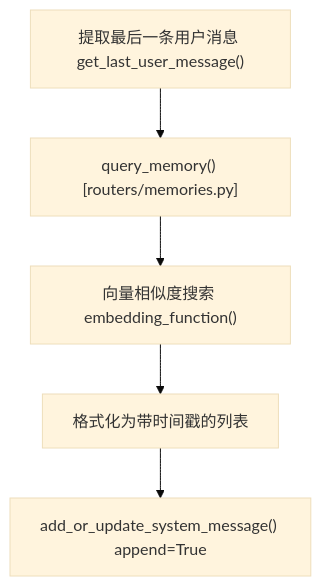
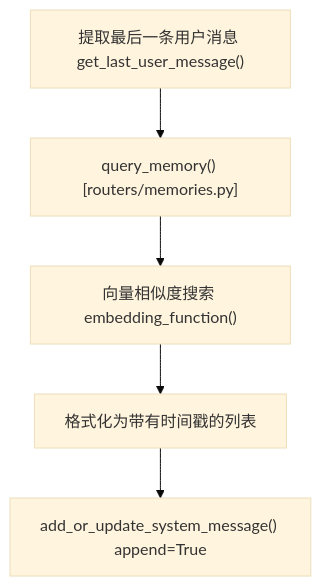
One commit to Chesszyh/Wiki changed the third of 10 diagrams in tests/open-webui_deepwiki/zh/6-backend-processing-pipeline.md. Above: the diagram before and after it, drawn with Mermaid (base theme). The commit also changed other lines of this file and 234 other files, not shown here.

````diff
--- a/tests/open-webui_deepwiki/zh/6-backend-processing-pipeline.md
+++ b/tests/open-webui_deepwiki/zh/6-backend-processing-pipeline.md
@@ -131,13 +131,13 @@
 ```mermaid
 flowchart TD
     LastMessage["提取最后一条用户消息 get_last_user_message()"]
     QueryMemory["query_memory() [routers/memories.py]"]
     VectorSearch["向量相似度搜索 embedding_function()"]
-    FormatContext["格式化为带时间戳的列表"]
+    FormatContext["格式化为带有时间戳的列表"]
     InjectSystem["add_or_update_system_message() append=True"]
 
     LastMessage --> QueryMemory
     QueryMemory --> VectorSearch
     VectorSearch --> FormatContext
     FormatContext --> InjectSystem
 ```
````
